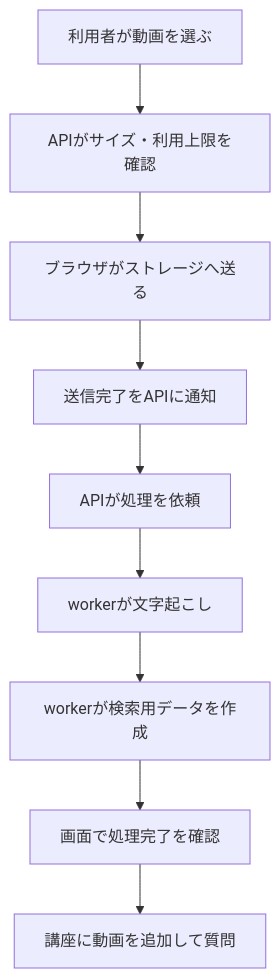
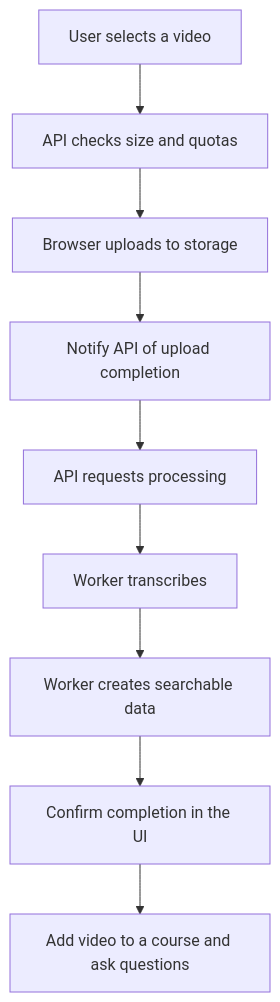
One commit to yukiharada1228/videoq changed the first of 2 diagrams in docs/requirements/activity-diagram.md. Above: the diagram before and after it, drawn with Mermaid. The commit also changed other lines of this file and 79 other files, not shown here.

````diff
--- a/docs/requirements/activity-diagram.md
+++ b/docs/requirements/activity-diagram.md
@@ -12,11 +12,11 @@
 ```mermaid
 flowchart TD
-    Select[利用者が動画を選ぶ] --> Validate[APIがサイズ・利用上限を確認]
-    Validate --> Upload[ブラウザがストレージへ送る]
-    Upload --> Confirm[送信完了をAPIに通知]
-    Confirm --> Queue[APIが処理を依頼]
-    Queue --> Transcribe[workerが文字起こし]
-    Transcribe --> Index[workerが検索用データを作成]
-    Index --> Ready[画面で処理完了を確認]
-    Ready --> Course[講座に動画を追加して質問]
+    Select[User selects a video] --> Validate[API checks size and quotas]
+    Validate --> Upload[Browser uploads to storage]
+    Upload --> Confirm[Notify API of upload completion]
+    Confirm --> Queue[API requests processing]
+    Queue --> Transcribe[Worker transcribes]
+    Transcribe --> Index[Worker creates searchable data]
+    Index --> Ready[Confirm completion in the UI]
+    Ready --> Course[Add video to a course and ask questions]
 ```
````
